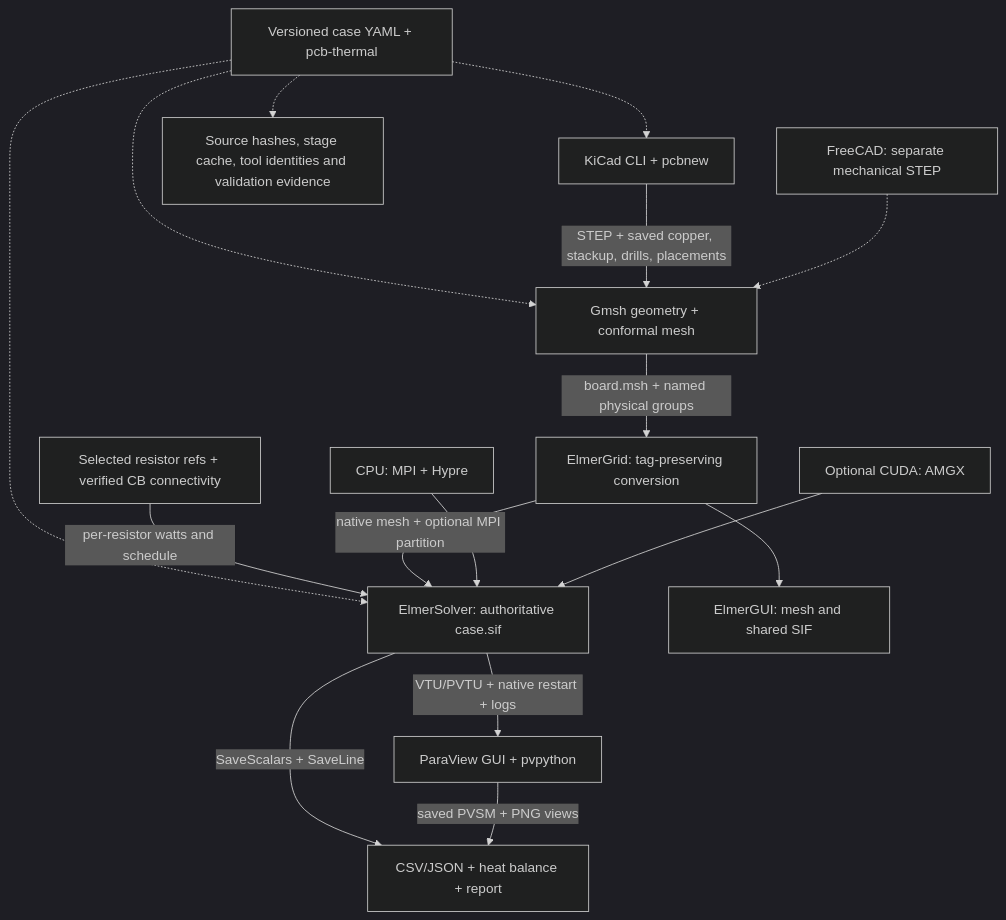
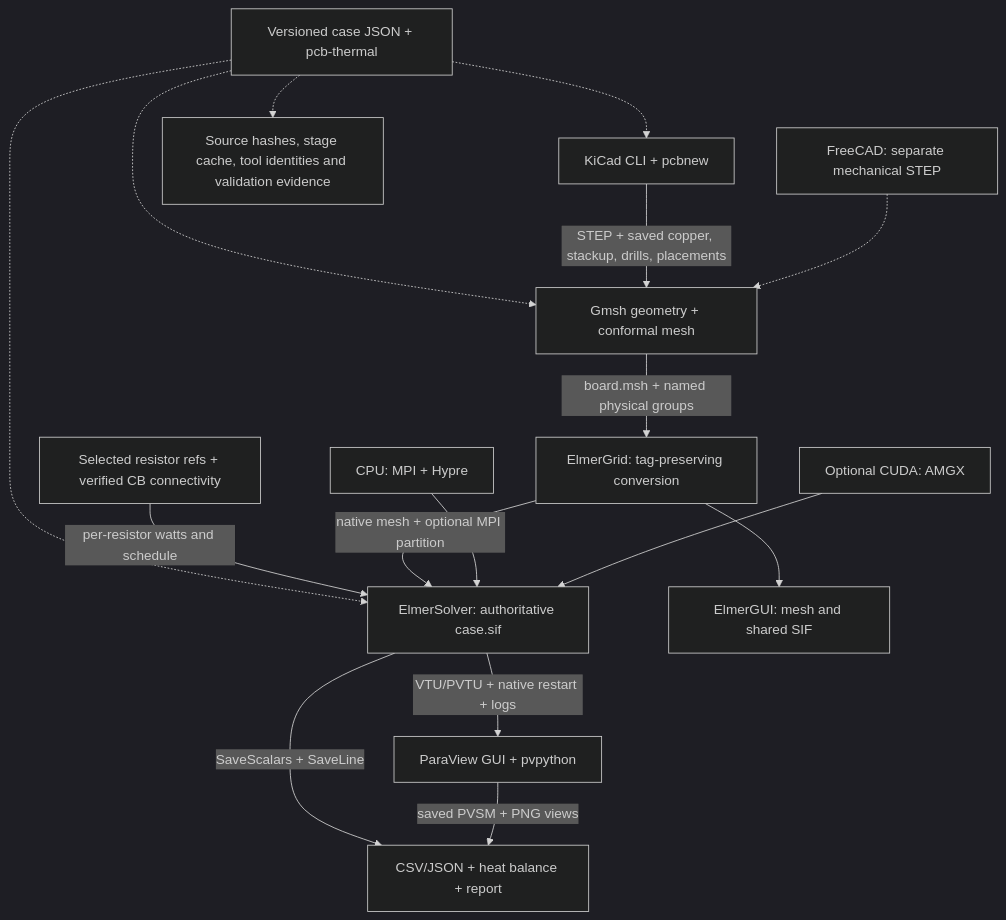
One commit to gerhardmalberg88/pcb-thermal-lab changed the diagram in README.md. Above: the diagram before and after it, drawn with Mermaid (dark theme). The commit also changed other lines of this file and 17 other files, not shown here.

Commit message:
chore: migrate thermal configuration from YAML to JSON

````diff
--- a/README.md
+++ b/README.md
@@ -59,18 +59,18 @@
 ```mermaid
 flowchart TD
-  C[Versioned case YAML + pcb-thermal] -.-> K[KiCad CLI + pcbnew]
+  C[Versioned case JSON + pcb-thermal] -.-> K[KiCad CLI + pcbnew]
   C -.-> G[Gmsh geometry + conformal mesh]
   C -.-> E[ElmerSolver: authoritative case.sif]
   K -->|STEP + saved copper, stackup, drills, placements| G
   F[FreeCAD: separate mechanical STEP] -.-> G
   P[Selected resistor refs + verified CB connectivity] -->|per-resistor watts and schedule| E
   G -->|board.msh + named physical groups| EG[ElmerGrid: tag-preserving conversion]
   EG -->|native mesh + optional MPI partition| E
   EG --> GUI[ElmerGUI: mesh and shared SIF]
   CPU[CPU: MPI + Hypre] --> E
   GPU[Optional CUDA: AMGX] --> E
   E -->|VTU/PVTU + native restart + logs| V[ParaView GUI + pvpython]
   E -->|SaveScalars + SaveLine| R[CSV/JSON + heat balance + report]
   V -->|saved PVSM + PNG views| R
   C -.-> A[Source hashes, stage cache, tool identities and validation evidence]
 ```
````
